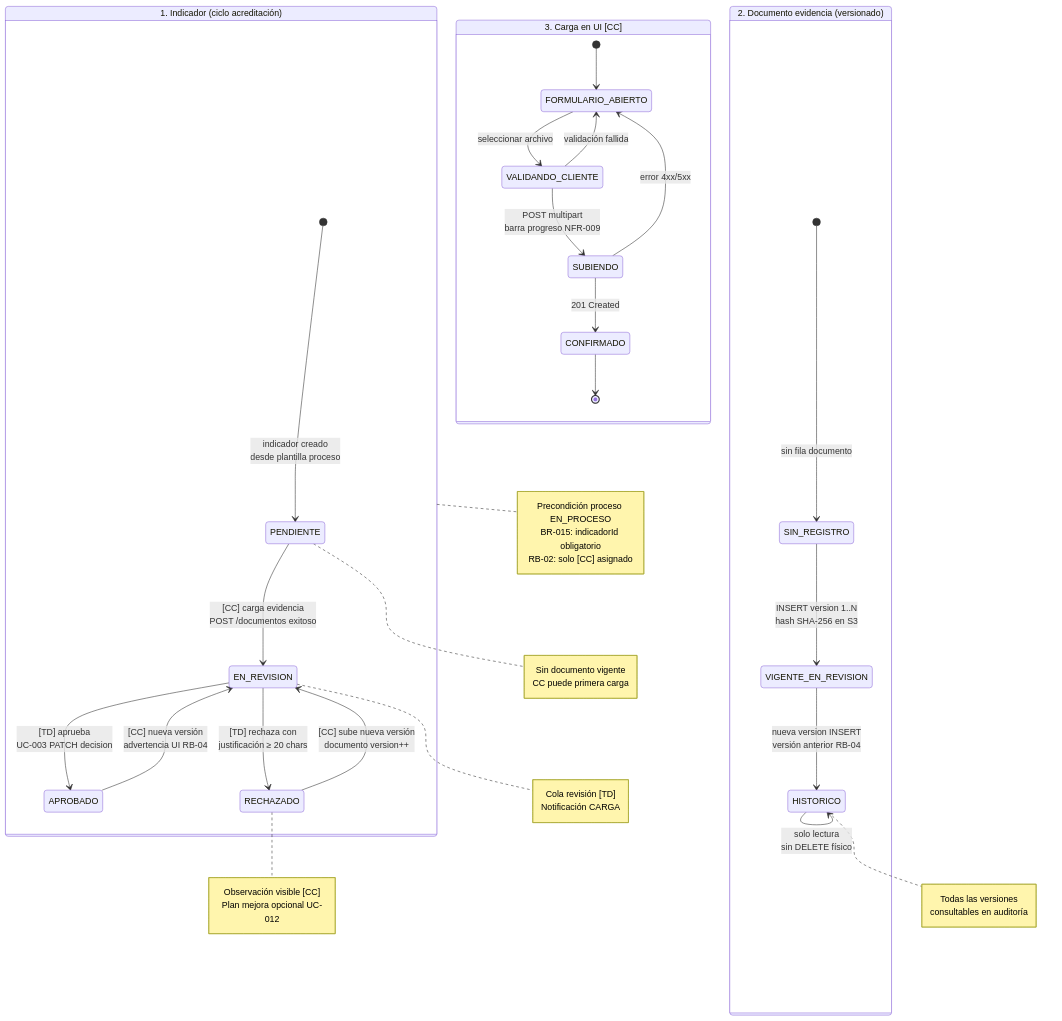
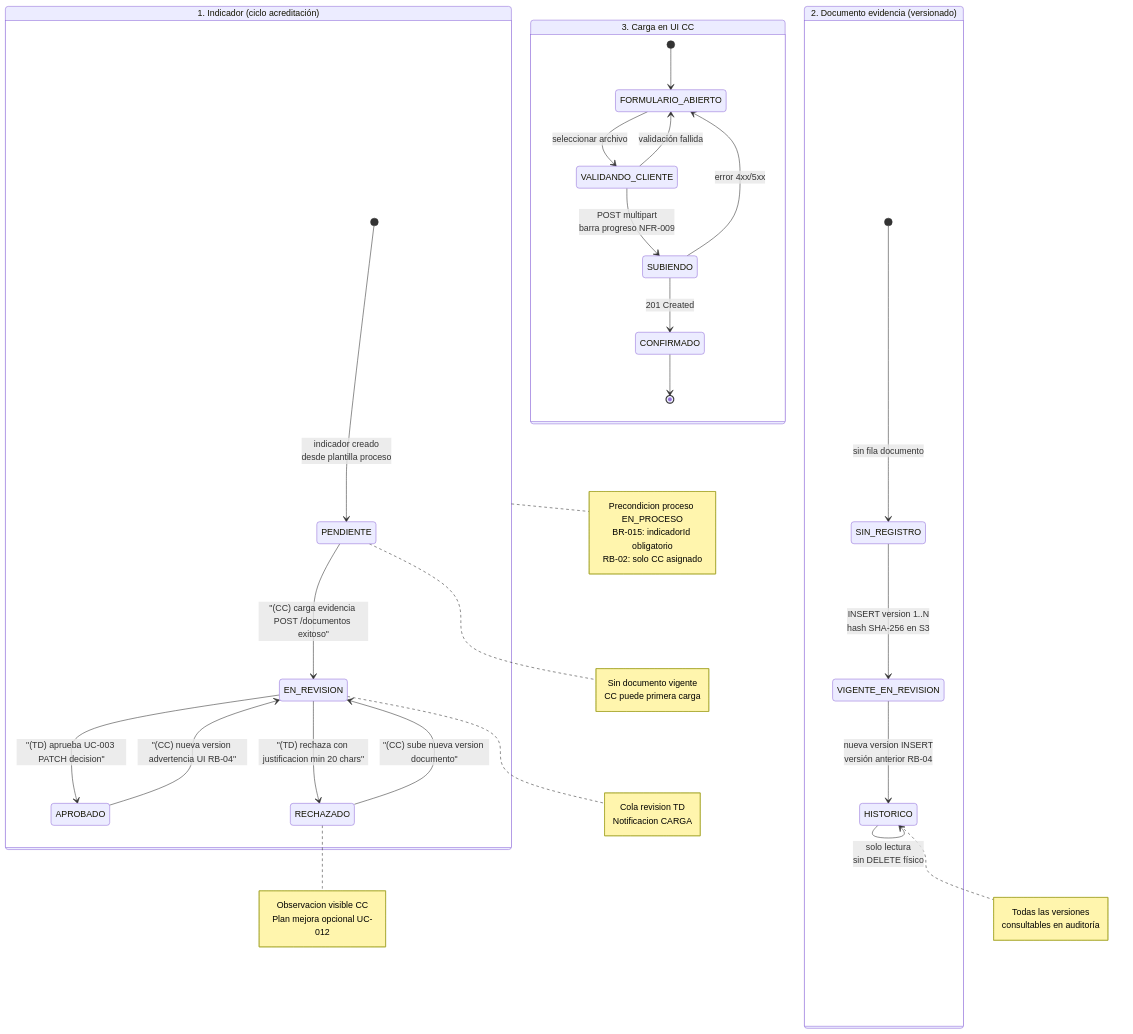
Before and after one commit to AcredIA-UMSS/sigesa-docs: the diagram in team/Marlene/07_diagramas/UC02_estado.mmd, drawn with Mermaid. The commit also changed 11 other files, not shown here.

Commit message:
fix diagrams

```diff
--- a/team/Marlene/07_diagramas/UC02_estado.mmd
+++ b/team/Marlene/07_diagramas/UC02_estado.mmd
@@ -1,69 +1,69 @@
 %% UC02_estado.mmd — FSD-UC-002 Carga y versionado de evidencia
 %% diagramId: UC02-STA | alias: D-STA-001 · complementa: UC02_secuencia.mmd
 %% fsdTrace: FSD-UC-002 · FSD-UC-003 (transiciones TD) · PRD-REQ-003 · PRD-REQ-004
 %% reglas: RB-02 · RB-04 · BR-015
 %% entidades: indicador.estado · documento.version
 %% pruebas: TC-03 · TC-04 · TC-05
 %% version: 1.0 · 14/05/2026
 
 stateDiagram-v2
     direction TB
 
     state "1. Indicador (ciclo acreditación)" as Indicador {
         [*] --> PENDIENTE: indicador creado<br/>desde plantilla proceso
 
-        PENDIENTE --> EN_REVISION: [CC] carga evidencia<br/>POST /documentos exitoso
+        PENDIENTE --> EN_REVISION: "(CC) carga evidencia POST /documentos exitoso"
 
-        EN_REVISION --> APROBADO: [TD] aprueba<br/>UC-003 PATCH decision
-        EN_REVISION --> RECHAZADO: [TD] rechaza con<br/>justificación ≥ 20 chars
+        EN_REVISION --> APROBADO: "(TD) aprueba UC-003 PATCH decision"
+        EN_REVISION --> RECHAZADO: "(TD) rechaza con justificacion min 20 chars"
 
-        RECHAZADO --> EN_REVISION: [CC] sube nueva versión<br/>documento version++
+        RECHAZADO --> EN_REVISION: "(CC) sube nueva version documento"
 
-        APROBADO --> EN_REVISION: [CC] nueva versión<br/>advertencia UI RB-04
+        APROBADO --> EN_REVISION: "(CC) nueva version advertencia UI RB-04"
 
         note right of PENDIENTE
             Sin documento vigente
             CC puede primera carga
         end note
 
         note right of EN_REVISION
-            Cola revisión [TD]
-            Notificación CARGA
+            Cola revision TD
+            Notificacion CARGA
         end note
 
         note right of RECHAZADO
-            Observación visible [CC]
+            Observacion visible CC
             Plan mejora opcional UC-012
         end note
     }
 
     state "2. Documento evidencia (versionado)" as Documento {
         [*] --> SIN_REGISTRO: sin fila documento
 
         SIN_REGISTRO --> VIGENTE_EN_REVISION: INSERT version 1..N<br/>hash SHA-256 en S3
 
         VIGENTE_EN_REVISION --> HISTORICO: nueva version INSERT<br/>versión anterior RB-04
 
         HISTORICO --> HISTORICO: solo lectura<br/>sin DELETE físico
 
         note right of HISTORICO
             Todas las versiones
             consultables en auditoría
         end note
     }
 
-    state "3. Carga en UI [CC]" as CargaUI {
+    state "3. Carga en UI CC" as CargaUI {
         [*] --> FORMULARIO_ABIERTO
         FORMULARIO_ABIERTO --> VALIDANDO_CLIENTE: seleccionar archivo
         VALIDANDO_CLIENTE --> FORMULARIO_ABIERTO: validación fallida
         VALIDANDO_CLIENTE --> SUBIENDO: POST multipart<br/>barra progreso NFR-009
         SUBIENDO --> FORMULARIO_ABIERTO: error 4xx/5xx
         SUBIENDO --> CONFIRMADO: 201 Created
         CONFIRMADO --> [*]
     }
 
     note right of Indicador
-        Precondición proceso EN_PROCESO
+        Precondicion proceso EN_PROCESO
         BR-015: indicadorId obligatorio
-        RB-02: solo [CC] asignado
+        RB-02: solo CC asignado
     end note
```
